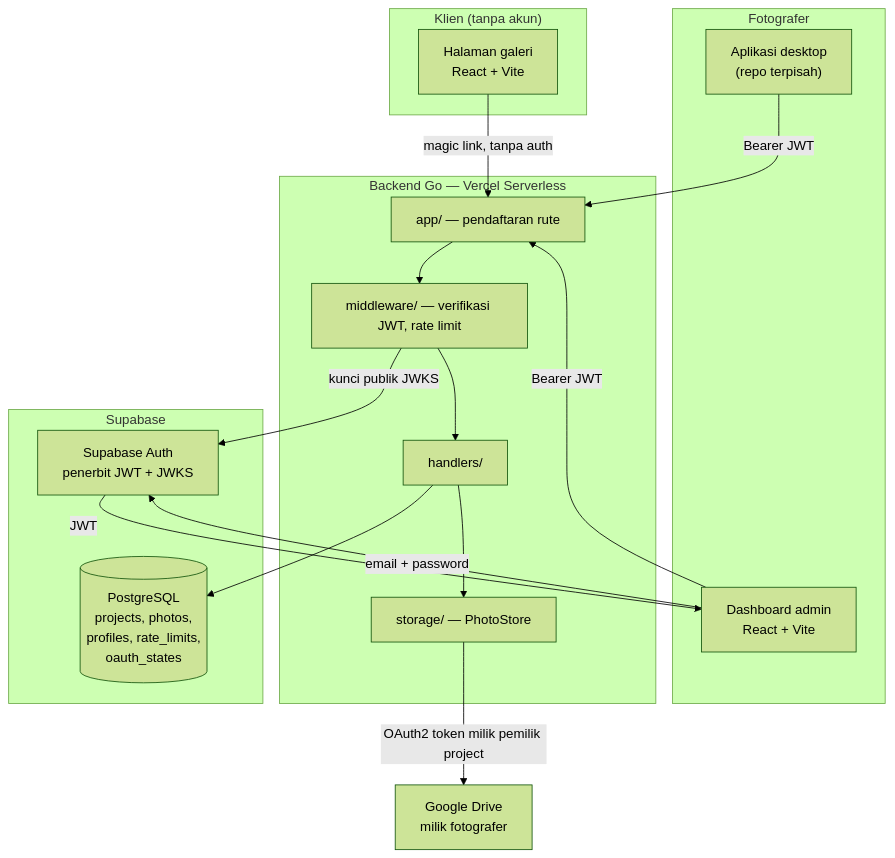
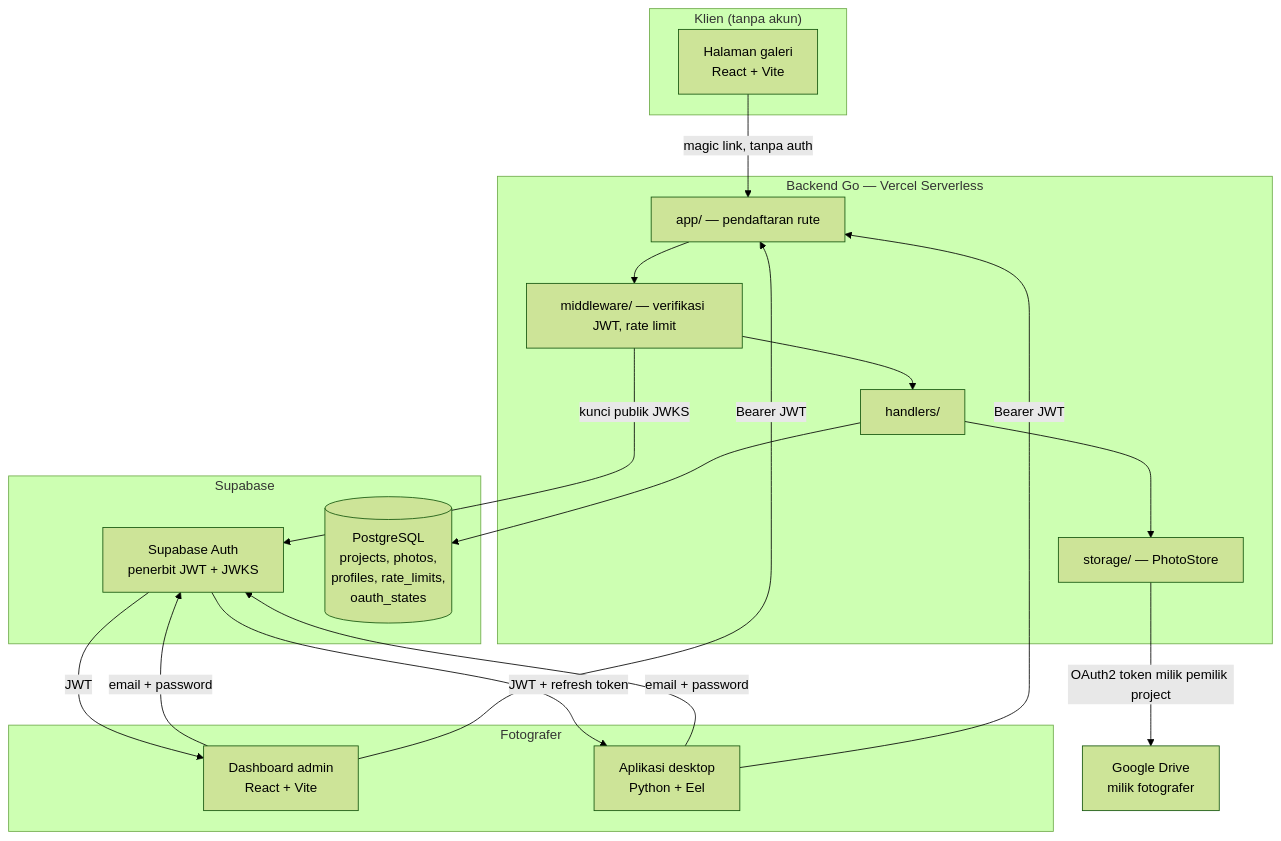
The first of 2 diagrams in README.md (indraaryaLabs/photoflow-ecosystem), drawn with Mermaid (forest theme) before and after one commit. The commit also changed other lines of this file and 26 other files, not shown here.

````diff
--- a/README.md
+++ b/README.md
@@ -25,39 +25,41 @@
 ```mermaid
 flowchart TB
     subgraph Klien["Klien (tanpa akun)"]
         Galeri["Halaman galeri<br/>React + Vite"]
     end
 
     subgraph Fotografer["Fotografer"]
         Dashboard["Dashboard admin<br/>React + Vite"]
-        Desktop["Aplikasi desktop<br/>(repo terpisah)"]
+        Desktop["Aplikasi desktop<br/>Python + Eel"]
     end
 
     subgraph Backend["Backend Go — Vercel Serverless"]
         Router["app/ — pendaftaran rute"]
         Auth["middleware/ — verifikasi JWT, rate limit"]
         Handlers["handlers/"]
         Store["storage/ — PhotoStore"]
     end
 
     subgraph Supabase
         SBAuth["Supabase Auth<br/>penerbit JWT + JWKS"]
         DB[("PostgreSQL<br/>projects, photos,<br/>profiles, rate_limits,<br/>oauth_states")]
     end
 
     Drive["Google Drive<br/>milik fotografer"]
 
     Dashboard -- "email + password" --> SBAuth
+    Desktop -- "email + password" --> SBAuth
     SBAuth -- "JWT" --> Dashboard
+    SBAuth -- "JWT + refresh token" --> Desktop
     Dashboard -- "Bearer JWT" --> Router
     Desktop -- "Bearer JWT" --> Router
 
     Galeri -- "magic link, tanpa auth" --> Router
 
     Router --> Auth
     Auth -- "kunci publik JWKS" --> SBAuth
     Auth --> Handlers
     Handlers --> Store
     Handlers --> DB
     Store -- "OAuth2 token milik pemilik project" --> Drive
 ```
````
